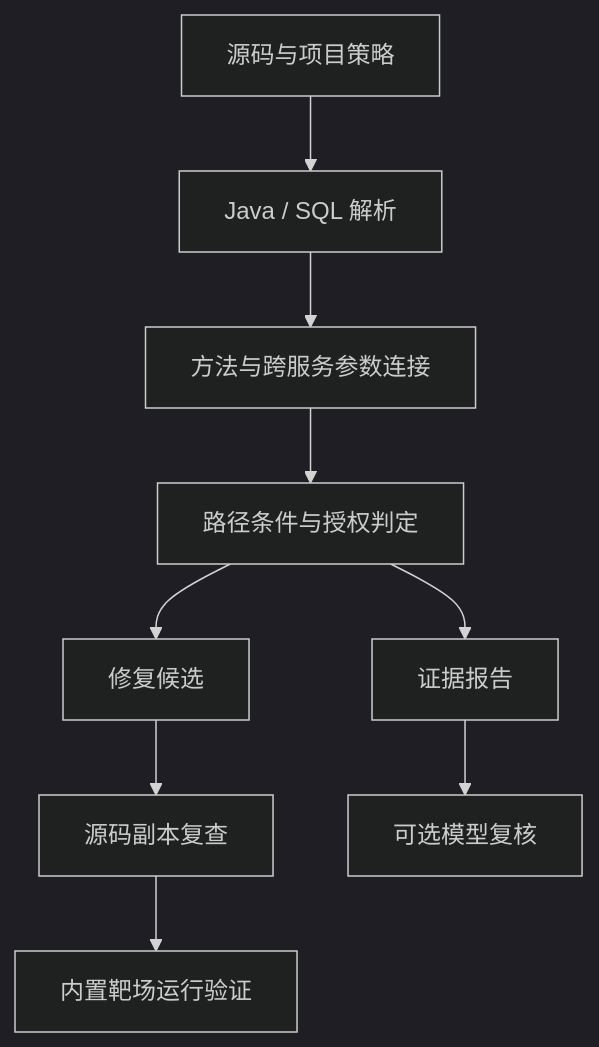
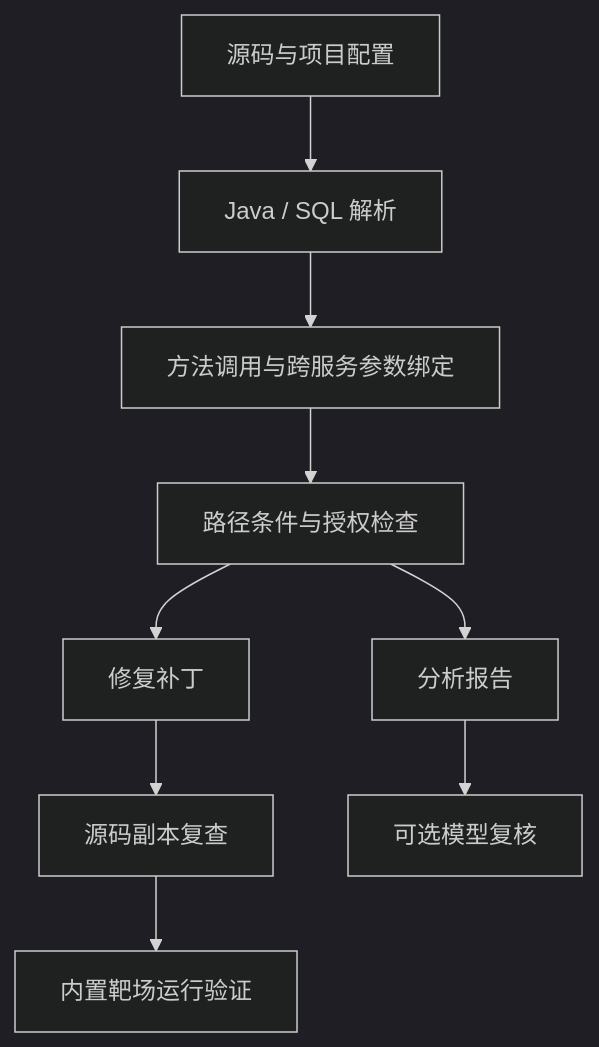
Before and after one commit to BeforeGodKnows/MicroBind: the diagram in docs/ARCHITECTURE.md, drawn with Mermaid (dark theme). The commit also changed other lines of this file and 43 other files, not shown here.

````diff
--- a/docs/ARCHITECTURE.md
+++ b/docs/ARCHITECTURE.md
@@ -9,11 +9,11 @@
 ```mermaid
 flowchart TD
-  S["源码与项目策略"] --> P["Java / SQL 解析"]
-  P --> L["方法与跨服务参数连接"]
-  L --> A["路径条件与授权判定"]
-  A --> E["证据报告"]
-  A --> R["修复候选"]
+  S["源码与项目配置"] --> P["Java / SQL 解析"]
+  P --> L["方法调用与跨服务参数绑定"]
+  L --> A["路径条件与授权检查"]
+  A --> E["分析报告"]
+  A --> R["修复补丁"]
   R --> C["源码副本复查"]
   C --> V["内置靶场运行验证"]
   E --> M["可选模型复核"]
 ```
````
